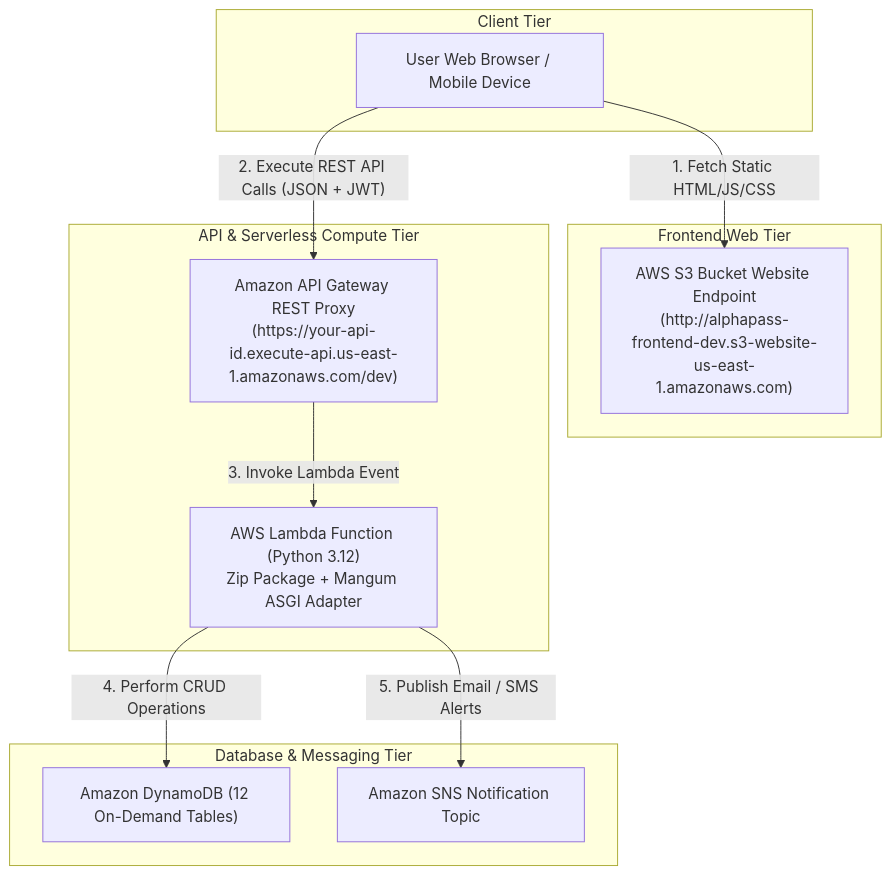
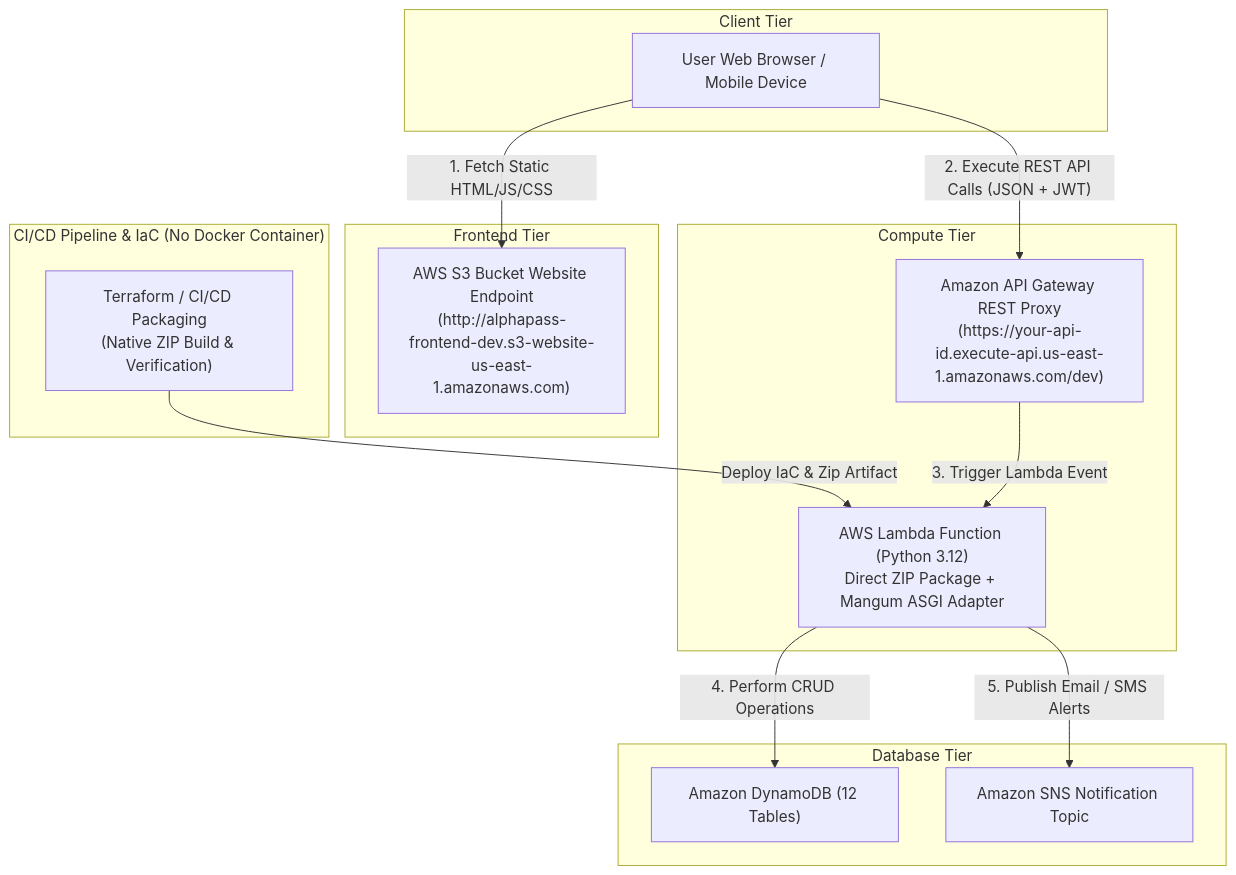
The diagram in docs/deployment.md (Azubi-Team-Alpha/event-ticketing--alphapass), drawn with Mermaid before and after one commit. The commit also changed other lines of this file and 1 other file, not shown here.

Commit message:
docs: finalize deployment strategy to automated direct serverless stack and remove docker container documentation

````diff
--- a/docs/deployment.md
+++ b/docs/deployment.md
@@ -25,26 +35,31 @@
 ```mermaid
 flowchart TD
     subgraph Client ["Client Tier"]
         Browser["User Web Browser / Mobile Device"]
     end
 
-    subgraph Storage ["Frontend Web Tier"]
+    subgraph CI_CD ["CI/CD Pipeline & IaC (No Docker Container)"]
+        TFZip["Terraform / CI/CD Packaging\n(Native ZIP Build & Verification)"]
+    end
+
+    subgraph Storage ["Frontend Tier"]
         S3_Host["AWS S3 Bucket Website Endpoint\n(http://alphapass-frontend-dev.s3-website-us-east-1.amazonaws.com)"]
     end
 
-    subgraph API_Compute ["API & Serverless Compute Tier"]
+    subgraph API_Compute ["Compute Tier"]
         APIGW["Amazon API Gateway REST Proxy\n(https://your-api-id.execute-api.us-east-1.amazonaws.com/dev)"]
-        Lambda["AWS Lambda Function (Python 3.12)\nZip Package + Mangum ASGI Adapter"]
+        Lambda["AWS Lambda Function (Python 3.12)\nDirect ZIP Package + Mangum ASGI Adapter"]
     end
 
-    subgraph Database_Messaging ["Database & Messaging Tier"]
-        DDB["Amazon DynamoDB (12 On-Demand Tables)"]
+    subgraph Database ["Database Tier"]
+        DDB["Amazon DynamoDB (12 Tables)"]
         SNS["Amazon SNS Notification Topic"]
     end
 
+    TFZip -->|"Deploy IaC & Zip Artifact"| Lambda
     Browser -->|"1. Fetch Static HTML/JS/CSS"| S3_Host
     Browser -->|"2. Execute REST API Calls (JSON + JWT)"| APIGW
-    APIGW -->|"3. Invoke Lambda Event"| Lambda
+    APIGW -->|"3. Trigger Lambda Event"| Lambda
     Lambda -->|"4. Perform CRUD Operations"| DDB
     Lambda -->|"5. Publish Email / SMS Alerts"| SNS
 ```
````
